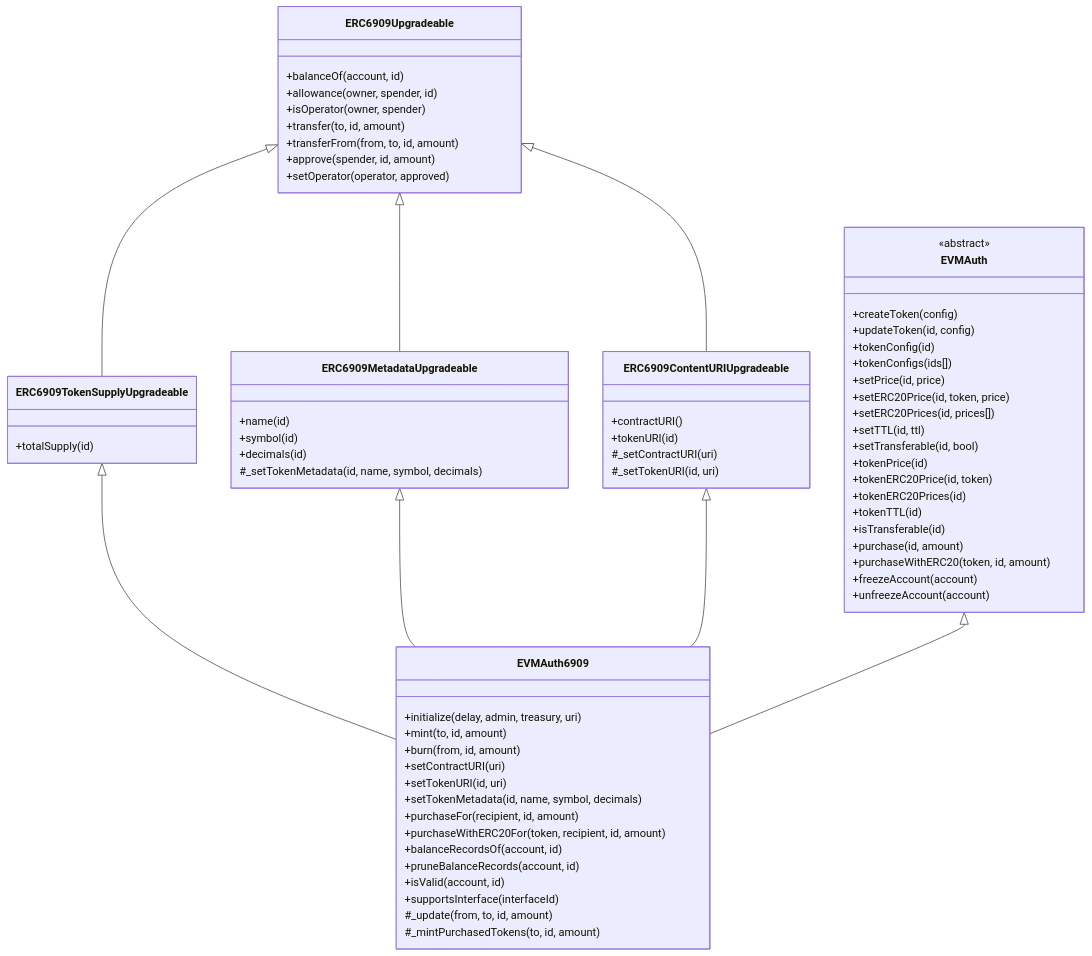
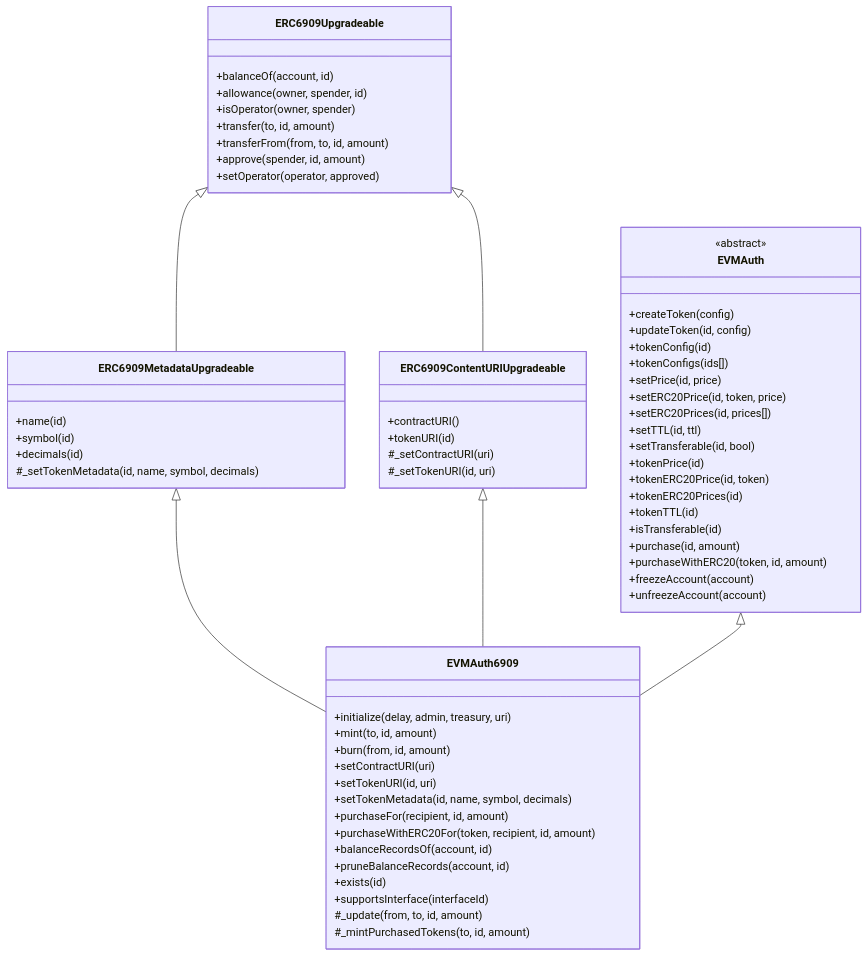
The third of 3 diagrams in src/README.md (glanzz/evmauth-core), drawn with Mermaid before and after one commit. The commit also changed other lines of this file and 4 other files, not shown here.

Commit message:
feat: remove token supply extensions

````diff
--- a/src/README.md
+++ b/src/README.md
@@ -194,77 +188,71 @@
 ```mermaid
 classDiagram
     class EVMAuth {
         <<abstract>>
         +createToken(config)
         +updateToken(id, config)
         +tokenConfig(id)
         +tokenConfigs(ids[])
         +setPrice(id, price)
         +setERC20Price(id, token, price)
         +setERC20Prices(id, prices[])
         +setTTL(id, ttl)
         +setTransferable(id, bool)
         +tokenPrice(id)
         +tokenERC20Price(id, token)
         +tokenERC20Prices(id)
         +tokenTTL(id)
         +isTransferable(id)
         +purchase(id, amount)
         +purchaseWithERC20(token, id, amount)
         +freezeAccount(account)
         +unfreezeAccount(account)
     }
     
     class ERC6909Upgradeable {
         +balanceOf(account, id)
         +allowance(owner, spender, id)
         +isOperator(owner, spender)
         +transfer(to, id, amount)
         +transferFrom(from, to, id, amount)
         +approve(spender, id, amount)
         +setOperator(operator, approved)
     }
     
-    class ERC6909TokenSupplyUpgradeable {
-        +totalSupply(id)
-    }
-    
     class ERC6909MetadataUpgradeable {
         +name(id)
         +symbol(id)
         +decimals(id)
         #_setTokenMetadata(id, name, symbol, decimals)
     }
     
     class ERC6909ContentURIUpgradeable {
         +contractURI()
         +tokenURI(id)
         #_setContractURI(uri)
         #_setTokenURI(id, uri)
     }
     
     class EVMAuth6909 {
         +initialize(delay, admin, treasury, uri)
         +mint(to, id, amount)
         +burn(from, id, amount)
         +setContractURI(uri)
         +setTokenURI(id, uri)
         +setTokenMetadata(id, name, symbol, decimals)
         +purchaseFor(recipient, id, amount)
         +purchaseWithERC20For(token, recipient, id, amount)
         +balanceRecordsOf(account, id)
         +pruneBalanceRecords(account, id)
-        +isValid(account, id)
+        +exists(id)
         +supportsInterface(interfaceId)
         #_update(from, to, id, amount)
         #_mintPurchasedTokens(to, id, amount)
     }
     
-    ERC6909Upgradeable <|-- ERC6909TokenSupplyUpgradeable
     ERC6909Upgradeable <|-- ERC6909MetadataUpgradeable
     ERC6909Upgradeable <|-- ERC6909ContentURIUpgradeable
-    ERC6909TokenSupplyUpgradeable <|-- EVMAuth6909
     ERC6909MetadataUpgradeable <|-- EVMAuth6909
     ERC6909ContentURIUpgradeable <|-- EVMAuth6909
     EVMAuth <|-- EVMAuth6909
 ```
````
